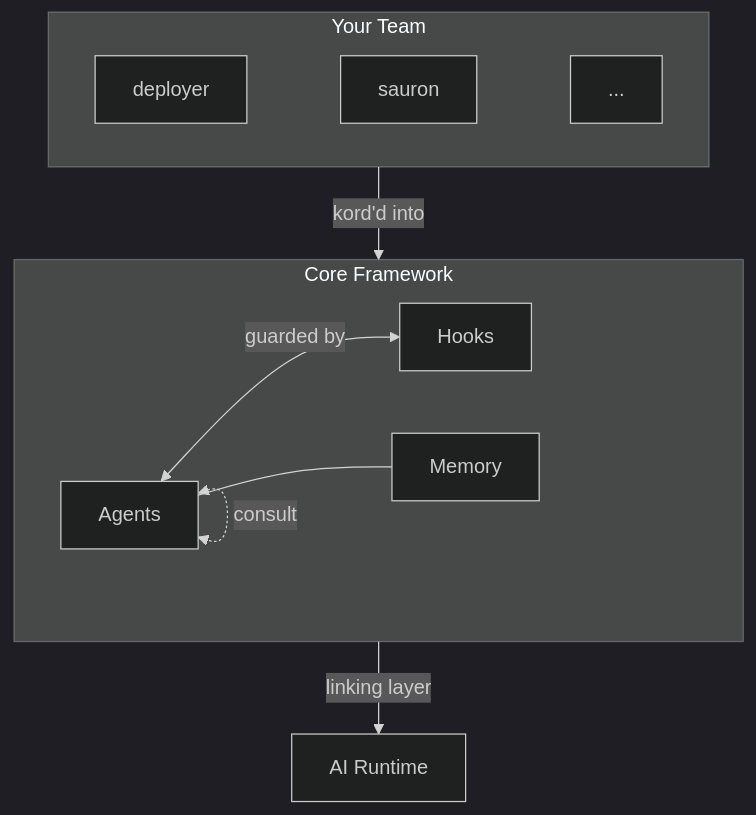
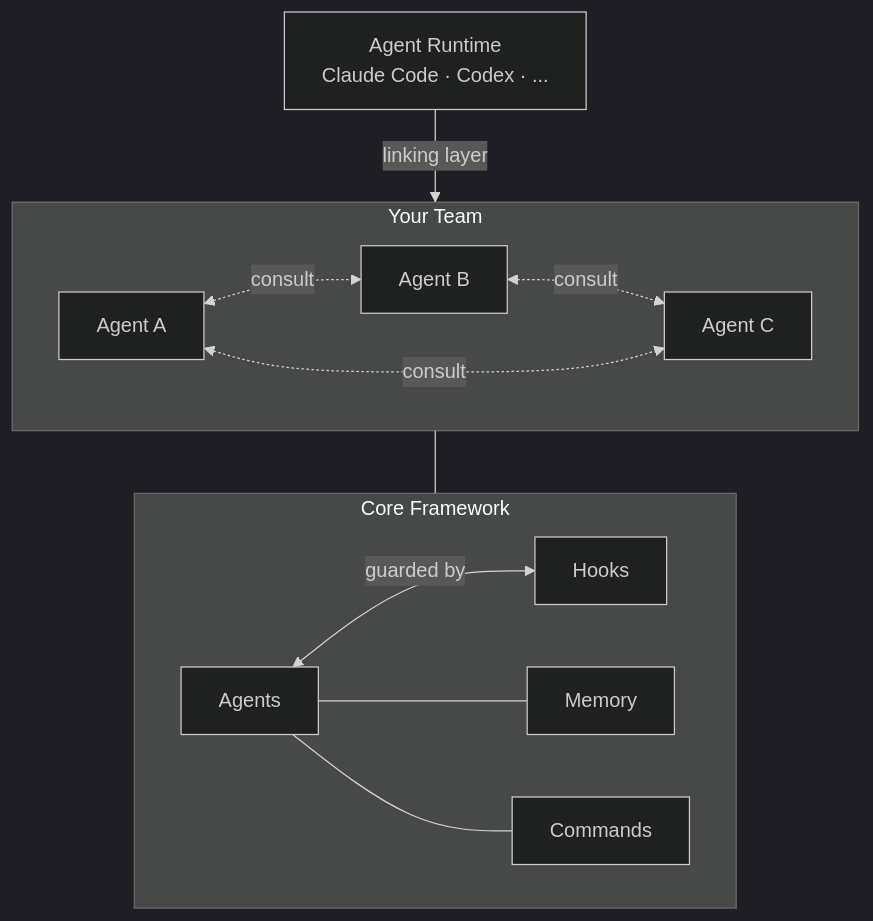
One commit to Kord96/kordinate changed the diagram in docs/index.md. Above: the diagram before and after it, drawn with Mermaid (dark theme).

Commit message:
Home page mermaid: generic agents consulting, Agent Runtime [scribe]
Shows Agent Runtime (Claude Code, Codex, ...) connecting via
linking layer to Your Team (generic Agent A/B/C with consult
links). Team connected to Core Framework below.

````diff
--- a/docs/index.md
+++ b/docs/index.md
@@ -9,16 +9,19 @@
 ```mermaid
 flowchart TB
+    RT[Agent Runtime<br/>Claude Code · Codex · ...] -->|linking layer| team
+
+    subgraph team[Your Team]
+        A1[Agent A] <-.->|consult| A2[Agent B]
+        A2 <-.->|consult| A3[Agent C]
+        A1 <-.->|consult| A3
+    end
+
     subgraph core[Core Framework]
         direction LR
         AG[Agents] <-->|guarded by| HK[Hooks]
         AG --- MEM[Memory]
-        AG <-.->|consult| AG
+        AG --- CMD[Commands]
     end
 
-    subgraph team[Your Team]
-        D[deployer] ~~~ S[sauron] ~~~ X[...]
-    end
-
-    team -->|kord'd into| core
-    core -->|linking layer| RT[AI Runtime]
+    team --- core
 ```
````
